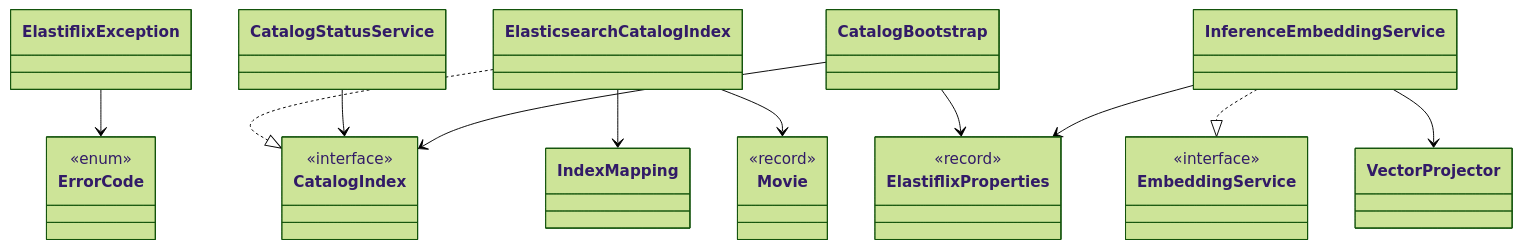
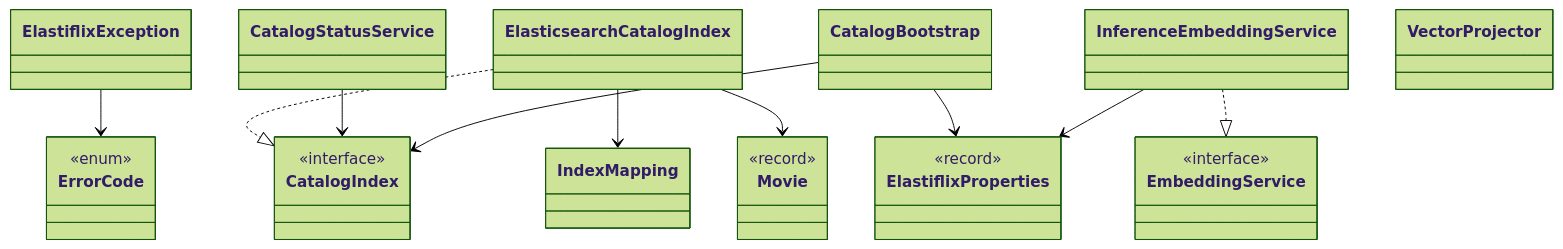
One commit to bigfito/elastiflix-reloaded changed the first of 3 diagrams in docs/diseno/1.md. Above: the diagram before and after it, drawn with Mermaid (forest theme). The commit also changed other lines of this file and 5 other files, not shown here.

````diff
--- a/docs/diseno/1.md
+++ b/docs/diseno/1.md
@@ -58,36 +58,35 @@
 ```mermaid
 classDiagram
   class ElastiflixProperties {
     <<record>>
   }
   class ErrorCode {
     <<enum>>
   }
   class ElastiflixException
   class CatalogIndex {
     <<interface>>
   }
   class ElasticsearchCatalogIndex
   class CatalogStatusService
   class CatalogBootstrap
   class IndexMapping
   class Movie {
     <<record>>
   }
   class EmbeddingService {
     <<interface>>
   }
   class InferenceEmbeddingService
   class VectorProjector
 
   ElastiflixException --> ErrorCode
   ElasticsearchCatalogIndex ..|> CatalogIndex
   ElasticsearchCatalogIndex --> IndexMapping
   ElasticsearchCatalogIndex --> Movie
   CatalogStatusService --> CatalogIndex
   CatalogBootstrap --> CatalogIndex
   CatalogBootstrap --> ElastiflixProperties
   InferenceEmbeddingService ..|> EmbeddingService
   InferenceEmbeddingService --> ElastiflixProperties
-  InferenceEmbeddingService --> VectorProjector
 ```
````
